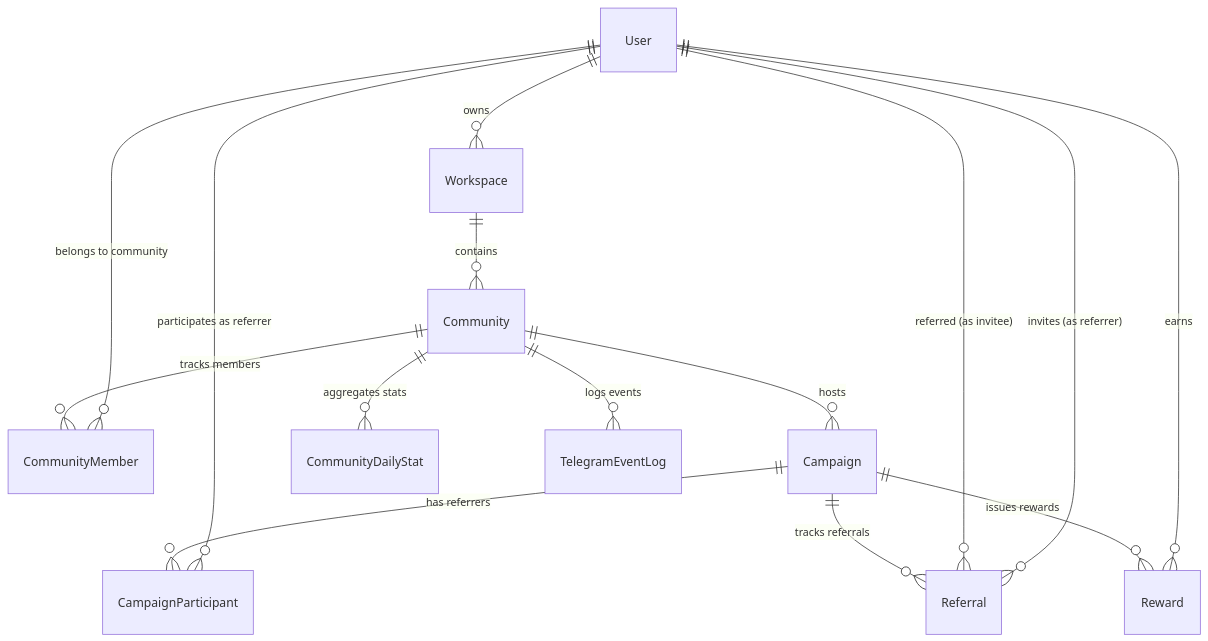
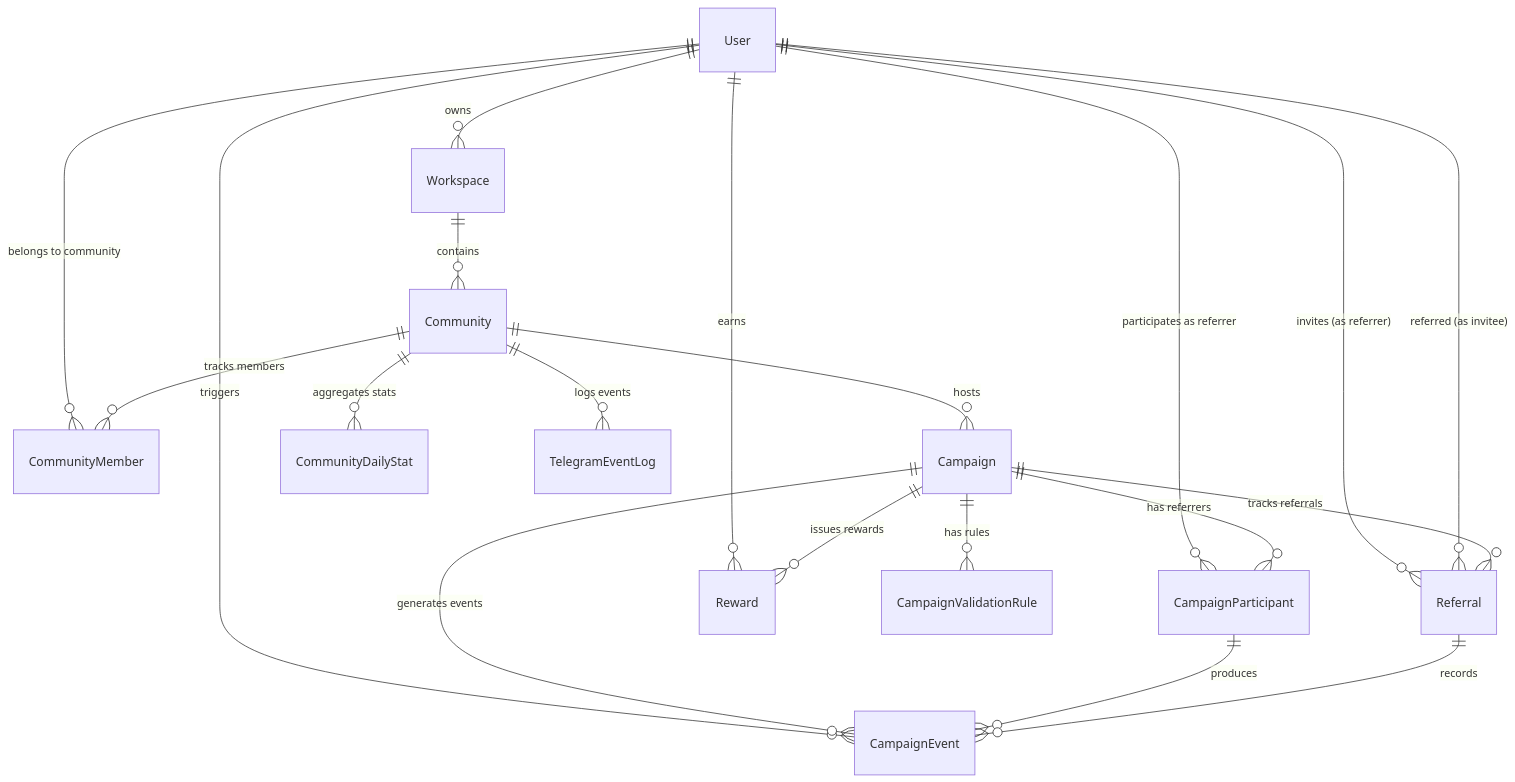
The diagram in assets/db-design.md (DeepBlue-dot/InviteBot), drawn with Mermaid before and after one commit. The commit also changed other lines of this file and 1 other file, not shown here.

Commit message:
refactor: update README and database design documentation for GrowBot features and architecture

````diff
--- a/assets/db-design.md
+++ b/assets/db-design.md
@@ -29,20 +33,26 @@
 ```mermaid
 erDiagram
     User ||--o{ Workspace : "owns"
     User ||--o{ CampaignParticipant : "participates as referrer"
     User ||--o{ Referral : "invites (as referrer)"
     User ||--o{ Referral : "referred (as invitee)"
     User ||--o{ Reward : "earns"
     User ||--o{ CommunityMember : "belongs to community"
+    User ||--o{ CampaignEvent : "triggers"
 
     Workspace ||--o{ Community : "contains"
     
     Community ||--o{ Campaign : "hosts"
     Community ||--o{ CommunityMember : "tracks members"
     Community ||--o{ CommunityDailyStat : "aggregates stats"
     Community ||--o{ TelegramEventLog : "logs events"
 
+    Campaign ||--o{ CampaignValidationRule : "has rules"
     Campaign ||--o{ CampaignParticipant : "has referrers"
     Campaign ||--o{ Referral : "tracks referrals"
     Campaign ||--o{ Reward : "issues rewards"
+    Campaign ||--o{ CampaignEvent : "generates events"
+
+    CampaignParticipant ||--o{ CampaignEvent : "produces"
+    Referral ||--o{ CampaignEvent : "records"
 ```
````
